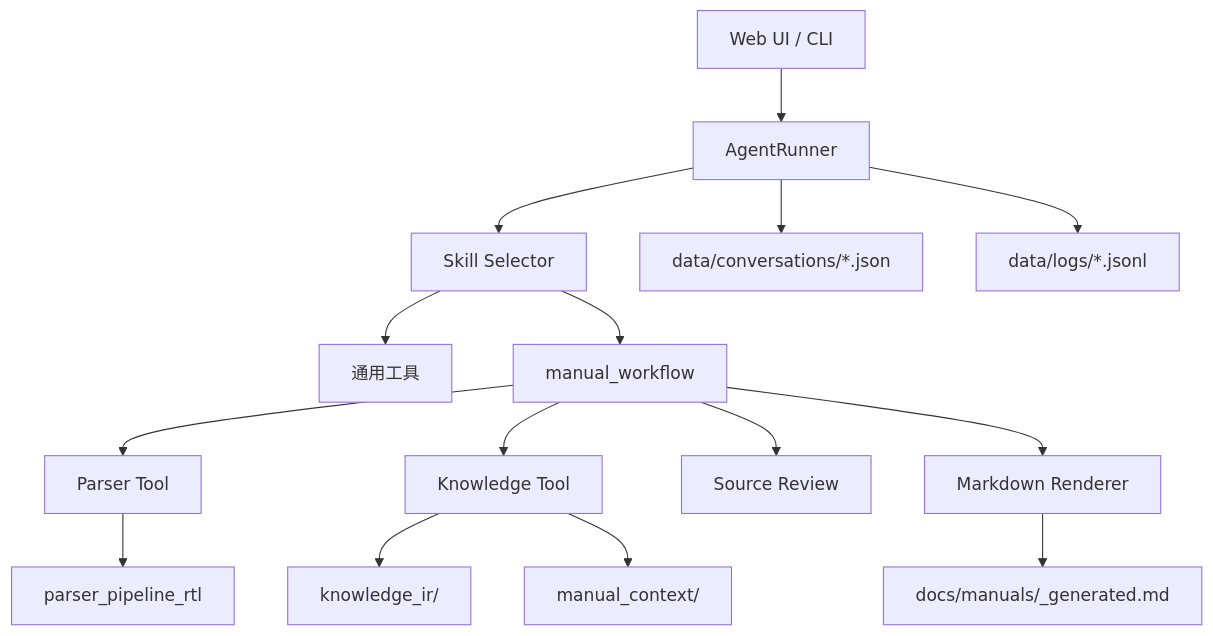
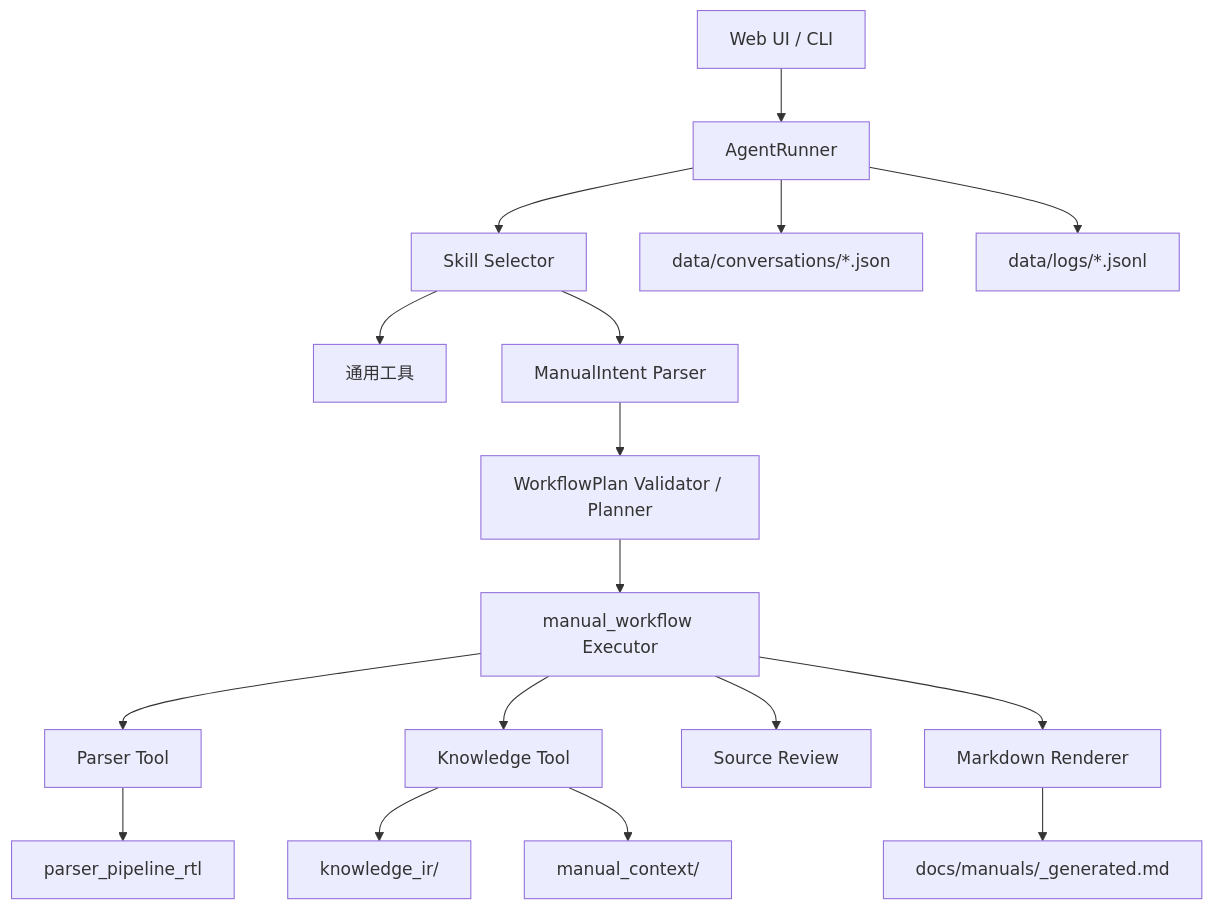
The diagram in LX-Agent-main/README.md (qcjjsyx/LX-Agent-main), drawn with Mermaid before and after one commit. The commit also changed other lines of this file and 895 other files, not shown here.

````diff
--- a/LX-Agent-main/README.md
+++ b/LX-Agent-main/README.md
@@ -60,17 +62,19 @@
 ```mermaid
 flowchart TD
     UI["Web UI / CLI"] --> Runner["AgentRunner"]
     Runner --> Selector["Skill Selector"]
     Selector --> GeneralTools["通用工具"]
-    Selector --> ManualWorkflow["manual_workflow"]
+    Selector --> Intent["ManualIntent Parser"]
+    Intent --> Planner["WorkflowPlan Validator / Planner"]
+    Planner --> ManualWorkflow["manual_workflow Executor"]
     ManualWorkflow --> Parser["Parser Tool"]
     Parser --> ParserArtifacts["parser_pipeline_rtl"]
     ManualWorkflow --> Knowledge["Knowledge Tool"]
     Knowledge --> KnowledgeIR["knowledge_ir/<top_module>"]
     Knowledge --> ManualContext["manual_context/<top_module>"]
     ManualWorkflow --> SourceReview["Source Review"]
     ManualWorkflow --> Render["Markdown Renderer"]
     Render --> Manual["docs/manuals/<top_module>_generated.md"]
     Runner --> ConversationStore["data/conversations/*.json"]
     Runner --> EventLogs["data/logs/*.jsonl"]
 ```
````
